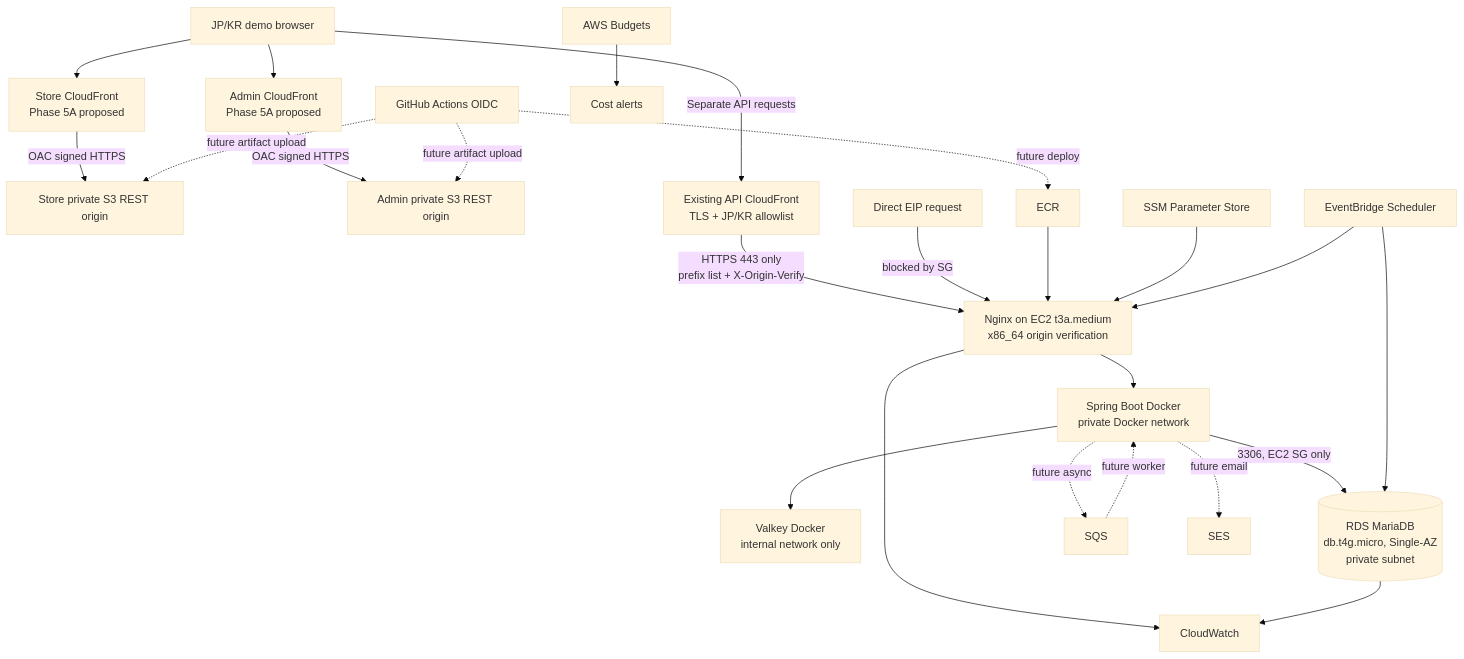
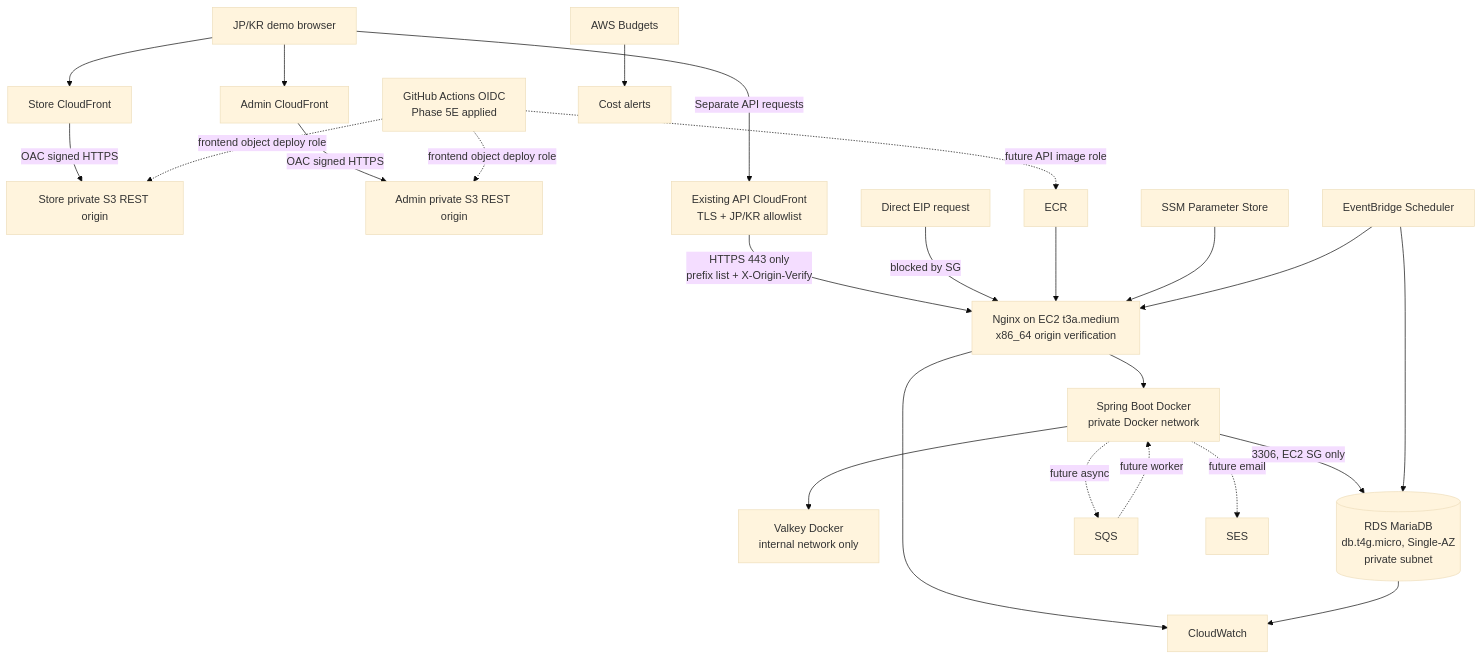
The diagram in docs/architecture/aws-demo.md (nagi4757/ec-portfolio), drawn with Mermaid (base theme) before and after one commit. The commit also changed other lines of this file and 6 other files, not shown here.

First line of the commit message:
feat(ci): add OIDC frontend deployment workflow

````diff
--- a/docs/architecture/aws-demo.md
+++ b/docs/architecture/aws-demo.md
@@ -36,26 +36,26 @@
 ```mermaid
 flowchart TD
-    U[JP/KR demo browser] --> STORECF[Store CloudFront<br/>Phase 5A proposed]
-    U --> ADMINCF[Admin CloudFront<br/>Phase 5A proposed]
+    U[JP/KR demo browser] --> STORECF[Store CloudFront]
+    U --> ADMINCF[Admin CloudFront]
     STORECF -->|OAC signed HTTPS| STORES3[Store private S3 REST origin]
     ADMINCF -->|OAC signed HTTPS| ADMINS3[Admin private S3 REST origin]
     U -->|Separate API requests| CF[Existing API CloudFront<br/>TLS + JP/KR allowlist]
     CF -->|HTTPS 443 only<br/>prefix list + X-Origin-Verify| NGINX[Nginx on EC2 t3a.medium<br/>x86_64 origin verification]
     DIRECT[Direct EIP request] -- blocked by SG --> NGINX
     NGINX --> API[Spring Boot Docker<br/>private Docker network]
     API --> VALKEY[Valkey Docker<br/>internal network only]
     API -->|3306, EC2 SG only| RDS[(RDS MariaDB<br/>db.t4g.micro, Single-AZ<br/>private subnet)]
     API -.future async.-> SQS[SQS]
     SQS -.future worker.-> API
     API -.future email.-> SES[SES]
     ECR[ECR] --> NGINX
     SSM[SSM Parameter Store] --> NGINX
-    GHA[GitHub Actions OIDC] -.future deploy.-> ECR
-    GHA -.future artifact upload.-> STORES3
-    GHA -.future artifact upload.-> ADMINS3
+    GHA[GitHub Actions OIDC<br/>Phase 5E applied] -.future API image role.-> ECR
+    GHA -.frontend object deploy role.-> STORES3
+    GHA -.frontend object deploy role.-> ADMINS3
     SCH[EventBridge Scheduler] --> NGINX
     SCH --> RDS
     NGINX --> CW[CloudWatch]
     RDS --> CW
     BUD[AWS Budgets] --> ALERT[Cost alerts]
 ```
````
